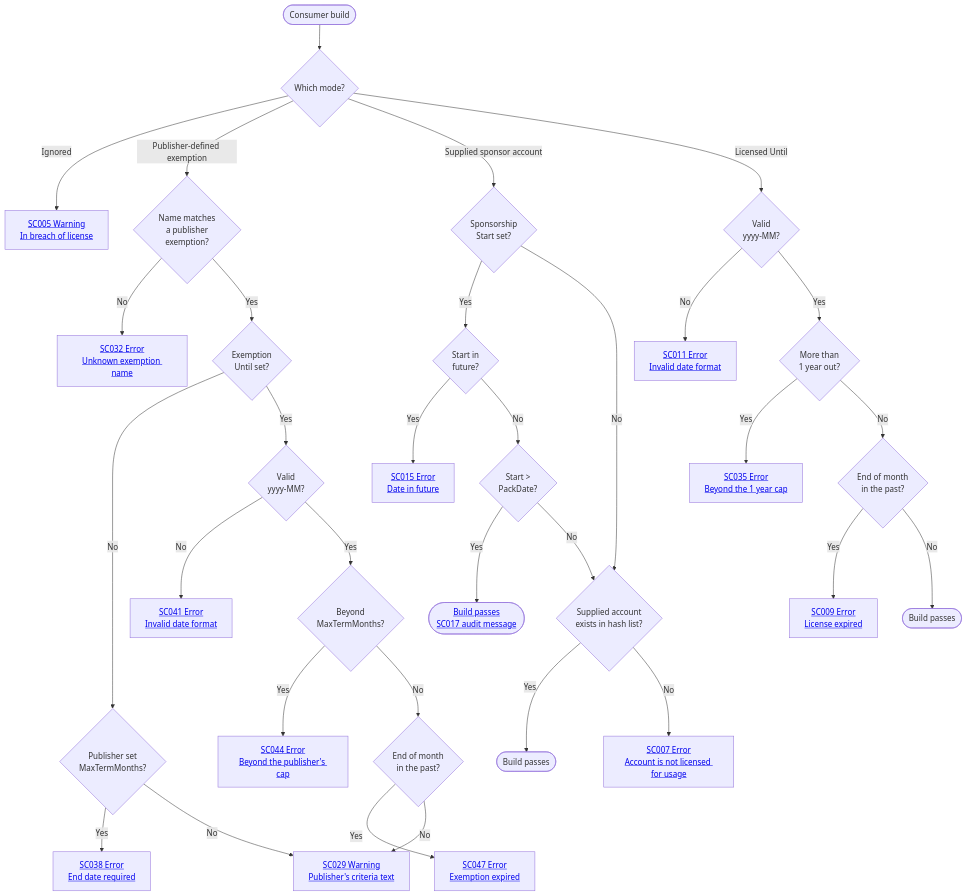
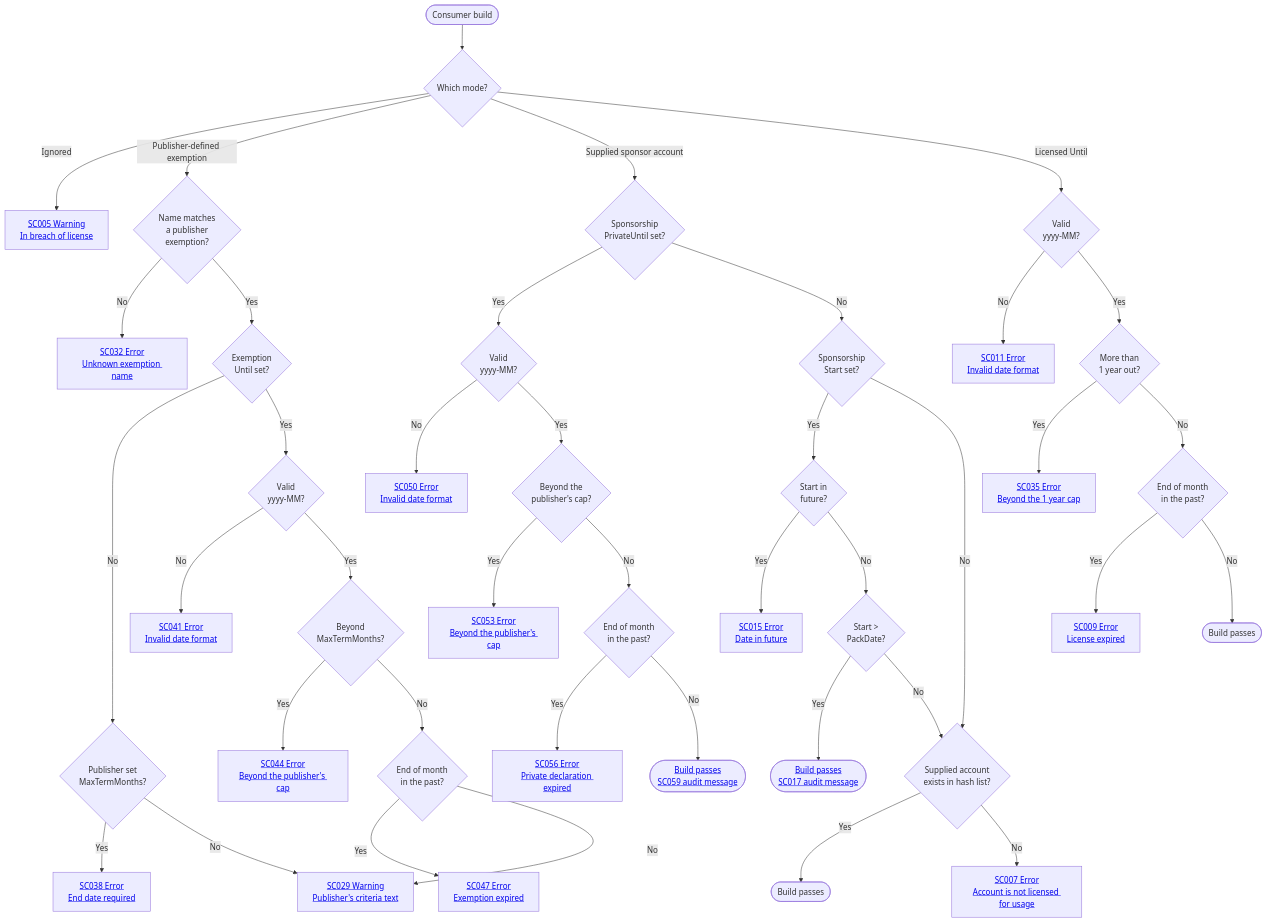
The diagram in docs/ConsumerUsage.md (SimonCropp/SponsorCheck), drawn with Mermaid before and after one commit. The commit also changed other lines of this file and 112 other files, not shown here.

````diff
--- a/docs/ConsumerUsage.md
+++ b/docs/ConsumerUsage.md
@@ -328,40 +353,48 @@
 ```mermaid
 flowchart TD
     Start([Consumer build]) --> Which{Which mode?}
 
     Which -->|Ignored| SC005[<a href='https://github.com/SimonCropp/SponsorCheck/blob/main/docs/VerifierDiagnosticCodes.md#sc005'>SC005 Warning<br/>In breach of license</a>]
 
     Which -->|Publisher-defined exemption| KnownName{Name matches<br/>a publisher<br/>exemption?}
     KnownName -->|No| SC032[<a href='https://github.com/SimonCropp/SponsorCheck/blob/main/docs/VerifierDiagnosticCodes.md#sc032'>SC032 Error<br/>Unknown exemption name</a>]
     KnownName -->|Yes| HasUntil{Exemption<br/>Until set?}
     HasUntil -->|No| Capped{Publisher set<br/>MaxTermMonths?}
     Capped -->|Yes| SC038[<a href='https://github.com/SimonCropp/SponsorCheck/blob/main/docs/VerifierDiagnosticCodes.md#sc038'>SC038 Error<br/>End date required</a>]
     Capped -->|No| SC029
     HasUntil -->|Yes| UntilYM{Valid<br/>yyyy-MM?}
     UntilYM -->|No| SC041[<a href='https://github.com/SimonCropp/SponsorCheck/blob/main/docs/VerifierDiagnosticCodes.md#sc041'>SC041 Error<br/>Invalid date format</a>]
     UntilYM -->|Yes| UntilCap{Beyond<br/>MaxTermMonths?}
     UntilCap -->|Yes| SC044[<a href='https://github.com/SimonCropp/SponsorCheck/blob/main/docs/VerifierDiagnosticCodes.md#sc044'>SC044 Error<br/>Beyond the publisher's cap</a>]
     UntilCap -->|No| UntilExpired{End of month<br/>in the past?}
     UntilExpired -->|Yes| SC047[<a href='https://github.com/SimonCropp/SponsorCheck/blob/main/docs/VerifierDiagnosticCodes.md#sc047'>SC047 Error<br/>Exemption expired</a>]
     UntilExpired -->|No| SC029
     SC029[<a href='https://github.com/SimonCropp/SponsorCheck/blob/main/docs/VerifierDiagnosticCodes.md#sc029'>SC029 Warning<br/>Publisher's criteria text</a>]
 
-    Which -->|Supplied sponsor account| HasStart{Sponsorship<br/>Start set?}
+    Which -->|Supplied sponsor account| HasPrivate{Sponsorship<br/>PrivateUntil set?}
+    HasPrivate -->|Yes| PrivateYM{Valid<br/>yyyy-MM?}
+    PrivateYM -->|No| SC050[<a href='https://github.com/SimonCropp/SponsorCheck/blob/main/docs/VerifierDiagnosticCodes.md#sc050'>SC050 Error<br/>Invalid date format</a>]
+    PrivateYM -->|Yes| PrivateCap{Beyond the<br/>publisher's cap?}
+    PrivateCap -->|Yes| SC053[<a href='https://github.com/SimonCropp/SponsorCheck/blob/main/docs/VerifierDiagnosticCodes.md#sc053'>SC053 Error<br/>Beyond the publisher's cap</a>]
+    PrivateCap -->|No| PrivateExpired{End of month<br/>in the past?}
+    PrivateExpired -->|Yes| SC056[<a href='https://github.com/SimonCropp/SponsorCheck/blob/main/docs/VerifierDiagnosticCodes.md#sc056'>SC056 Error<br/>Private declaration expired</a>]
+    PrivateExpired -->|No| PassPrivate([<a href='https://github.com/SimonCropp/SponsorCheck/blob/main/docs/VerifierDiagnosticCodes.md#sc059'>Build passes<br/>SC059 audit message</a>])
+    HasPrivate -->|No| HasStart{Sponsorship<br/>Start set?}
     HasStart -->|Yes| Future{Start in<br/>future?}
     Future -->|Yes| SC015[<a href='https://github.com/SimonCropp/SponsorCheck/blob/main/docs/VerifierDiagnosticCodes.md#sc015'>SC015 Error<br/>Date in future</a>]
     Future -->|No| AfterPack{Start &gt;<br/>PackDate?}
     AfterPack -->|Yes| PassAttest([<a href='https://github.com/SimonCropp/SponsorCheck/blob/main/docs/VerifierDiagnosticCodes.md#sc017'>Build passes<br/>SC017 audit message</a>])
     AfterPack -->|No| Match
     HasStart -->|No| Match
     Match{Supplied account<br/>exists in hash list?}
     Match -->|Yes| PassSponsor([Build passes])
     Match -->|No| SC007[<a href='https://github.com/SimonCropp/SponsorCheck/blob/main/docs/VerifierDiagnosticCodes.md#sc007'>SC007 Error<br/>Account is not licensed for usage</a>]
 
     Which -->|Licensed Until| ParseYM{Valid<br/>yyyy-MM?}
     ParseYM -->|No| SC011[<a href='https://github.com/SimonCropp/SponsorCheck/blob/main/docs/VerifierDiagnosticCodes.md#sc011'>SC011 Error<br/>Invalid date format</a>]
     ParseYM -->|Yes| TooFar{More than<br/>1 year out?}
     TooFar -->|Yes| SC035[<a href='https://github.com/SimonCropp/SponsorCheck/blob/main/docs/VerifierDiagnosticCodes.md#sc035'>SC035 Error<br/>Beyond the 1 year cap</a>]
     TooFar -->|No| Expired{End of month<br/>in the past?}
     Expired -->|Yes| SC009[<a href='https://github.com/SimonCropp/SponsorCheck/blob/main/docs/VerifierDiagnosticCodes.md#sc009'>SC009 Error<br/>License expired</a>]
     Expired -->|No| PassLicense([Build passes])
 ```
````
